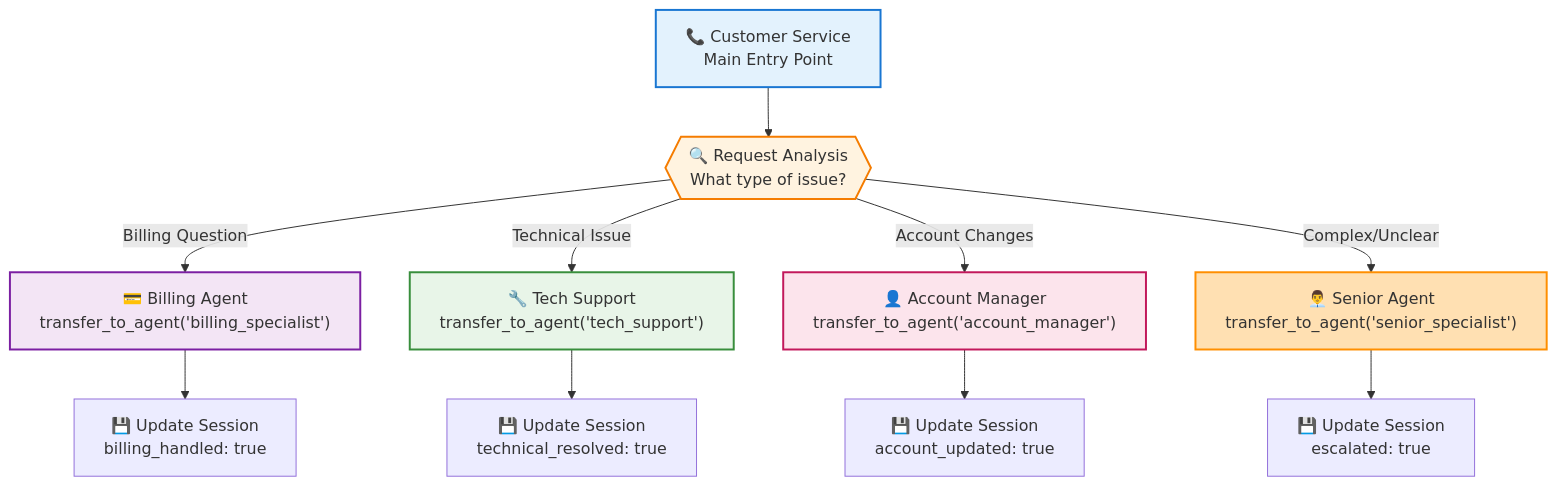
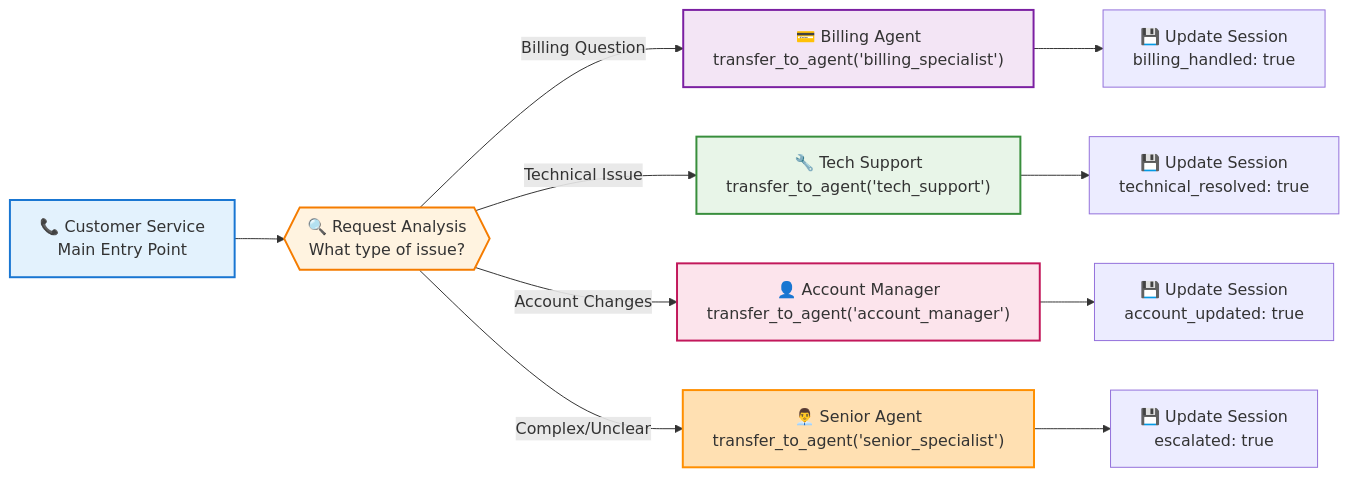
Before and after one commit to raphaelmansuy/tutorials: the sixth of 10 diagrams in 07_agent/06_chapter.md, drawn with Mermaid.

Commit message:
Fix flowchart direction in Chapter 6 to enhance clarity of the triage pattern

````diff
--- a/07_agent/06_chapter.md
+++ b/07_agent/06_chapter.md
@@ -586,21 +586,21 @@
 ```mermaid
-flowchart TD
+flowchart LR
     A["📞 Customer Service<br/>Main Entry Point"] --> B{{"🔍 Request Analysis<br/>What type of issue?"}}
     
     B -->|"Billing Question"| C["💳 Billing Agent<br/>transfer_to_agent('billing_specialist')"]
     B -->|"Technical Issue"| D["🔧 Tech Support<br/>transfer_to_agent('tech_support')"]  
     B -->|"Account Changes"| E["👤 Account Manager<br/>transfer_to_agent('account_manager')"]
     B -->|"Complex/Unclear"| F["👨‍💼 Senior Agent<br/>transfer_to_agent('senior_specialist')"]
     
     C --> G["💾 Update Session<br/>billing_handled: true"]
     D --> H["💾 Update Session<br/>technical_resolved: true"]
     E --> I["💾 Update Session<br/>account_updated: true"]
     F --> J["💾 Update Session<br/>escalated: true"]
     
     style A fill:#E3F2FD,stroke:#1976D2,stroke-width:2px
     style B fill:#FFF3E0,stroke:#F57C00,stroke-width:2px
     style C fill:#F3E5F5,stroke:#7B1FA2,stroke-width:2px
     style D fill:#E8F5E8,stroke:#388E3C,stroke-width:2px
     style E fill:#FCE4EC,stroke:#C2185B,stroke-width:2px
     style F fill:#FFE0B2,stroke:#FF8F00,stroke-width:2px
 ```
````
